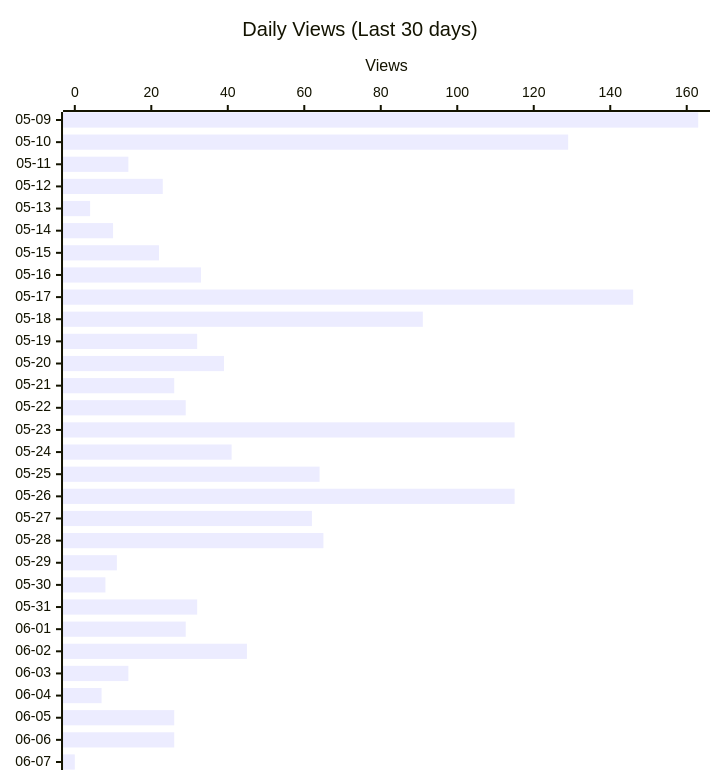
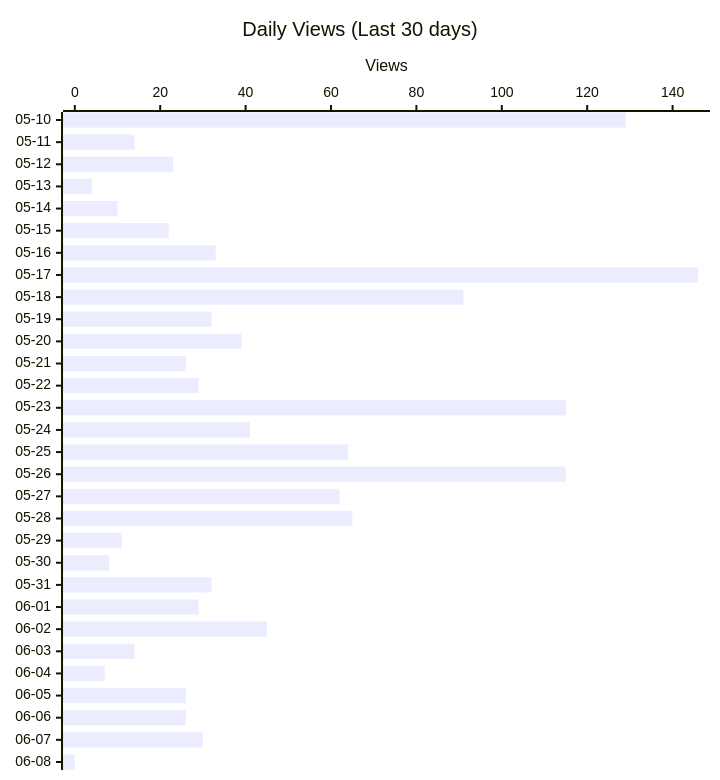
Before and after one commit to shigechika/github-insights: the second of 3 diagrams in README.md, drawn with Mermaid. The commit also changed other lines of this file and 2 other files, not shown here.

````diff
--- a/README.md
+++ b/README.md
@@ -28,12 +28,12 @@
 ```mermaid
 ---
 config:
   xyChart:
     height: 760
 ---
 xychart-beta horizontal
     title "Daily Views (Last 30 days)"
-    x-axis ["05-09", "05-10", "05-11", "05-12", "05-13", "05-14", "05-15", "05-16", "05-17", "05-18", "05-19", "05-20", "05-21", "05-22", "05-23", "05-24", "05-25", "05-26", "05-27", "05-28", "05-29", "05-30", "05-31", "06-01", "06-02", "06-03", "06-04", "06-05", "06-06", "06-07"]
+    x-axis ["05-10", "05-11", "05-12", "05-13", "05-14", "05-15", "05-16", "05-17", "05-18", "05-19", "05-20", "05-21", "05-22", "05-23", "05-24", "05-25", "05-26", "05-27", "05-28", "05-29", "05-30", "05-31", "06-01", "06-02", "06-03", "06-04", "06-05", "06-06", "06-07", "06-08"]
     y-axis "Views"
-    bar [163, 129, 14, 23, 4, 10, 22, 33, 146, 91, 32, 39, 26, 29, 115, 41, 64, 115, 62, 65, 11, 8, 32, 29, 45, 14, 7, 26, 26, 0]
+    bar [129, 14, 23, 4, 10, 22, 33, 146, 91, 32, 39, 26, 29, 115, 41, 64, 115, 62, 65, 11, 8, 32, 29, 45, 14, 7, 26, 26, 30, 0]
 ```
````
